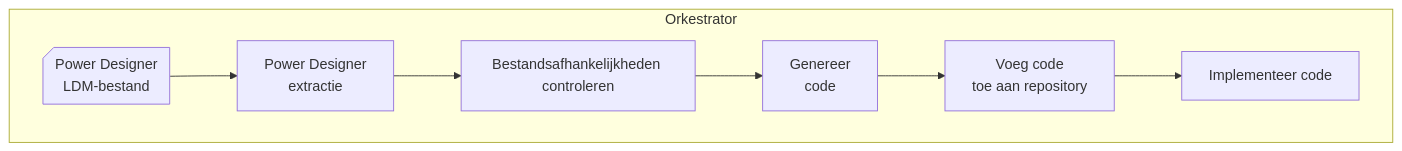
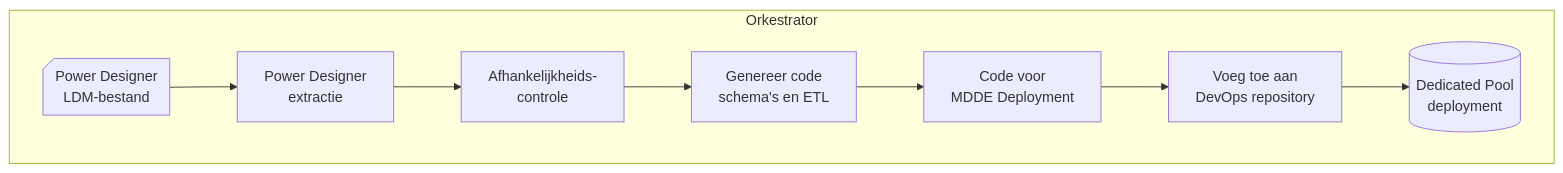
The diagram in etl_templates/docs/index.md (mark-me/temp), drawn with Mermaid before and after one commit. The commit also changed other lines of this file and 1 other file, not shown here.

Commit message:
Documentation updated

````diff
--- a/etl_templates/docs/index.md
+++ b/etl_templates/docs/index.md
@@ -9,13 +9,14 @@
 ```mermaid
 flowchart LR
     PDDocument@{ shape: notch-rect, label: "Power Designer<br>LDM-bestand" }
     RETW@{ shape: rect, label: "Power Designer<br>extractie" }
-    Dependency@{ shape: rect, label: "Bestandsafhankelijkheden controleren" }
-    Generator@{ shape: rect, label: "Genereer<br>code" }
-    Publish@{ shape: rect, label: "Voeg code<br>toe aan repository" }
-    Deploy@{ shape: rect, label: "Implementeer code" }
+    Dependency@{ shape: rect, label: "Afhankelijkheids-<br>controle" }
+    Generator@{ shape: rect, label: "Genereer code<br>schema's en ETL" }
+    DeployMDDE@{ shape: rect, label: "Code voor<br>MDDE Deployment"}
+    RepositoryHandler@{ shape: rect, label: "Voeg toe aan<br>DevOps repository" }
+    DedicatedPool@{ shape: database, label: "Dedicated Pool<br>deployment" }
     subgraph Orkestrator
         direction LR
-        PDDocument --> RETW --> Dependency --> Generator --> Publish --> Deploy
+        PDDocument --> RETW --> Dependency --> Generator --> DeployMDDE --> RepositoryHandler --> DedicatedPool
     end
 ```
````
